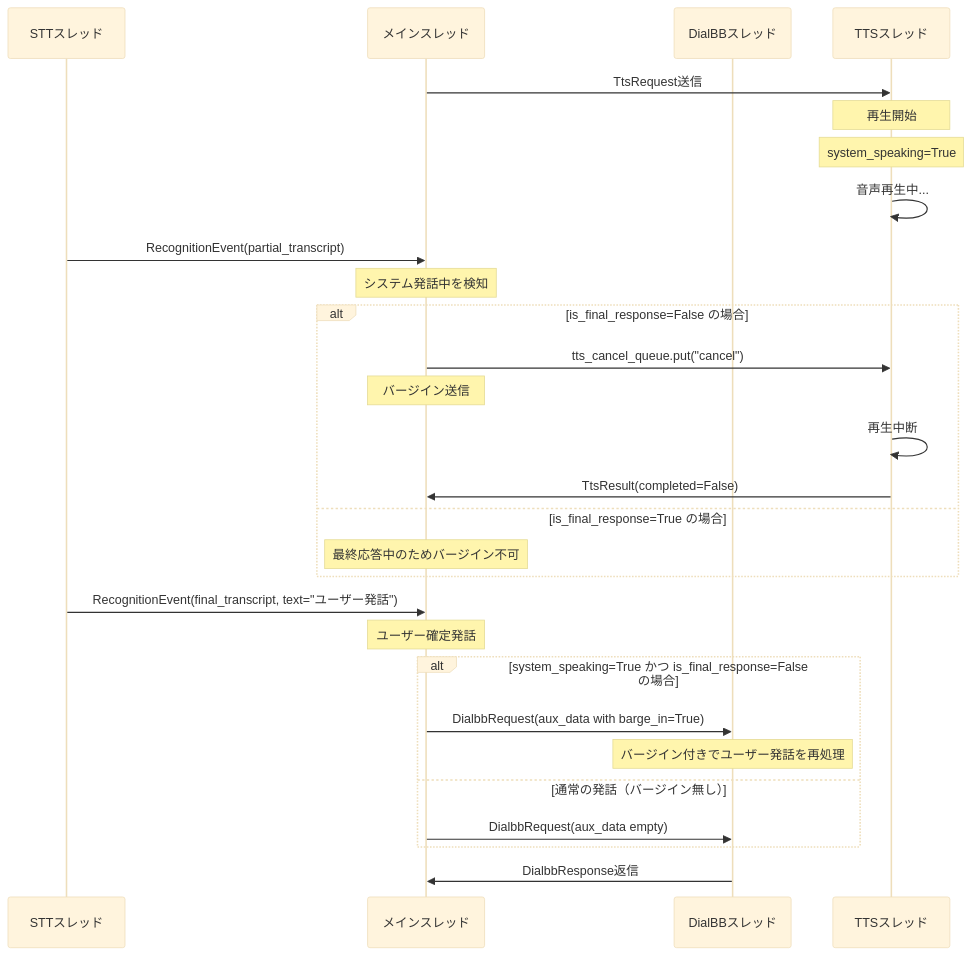
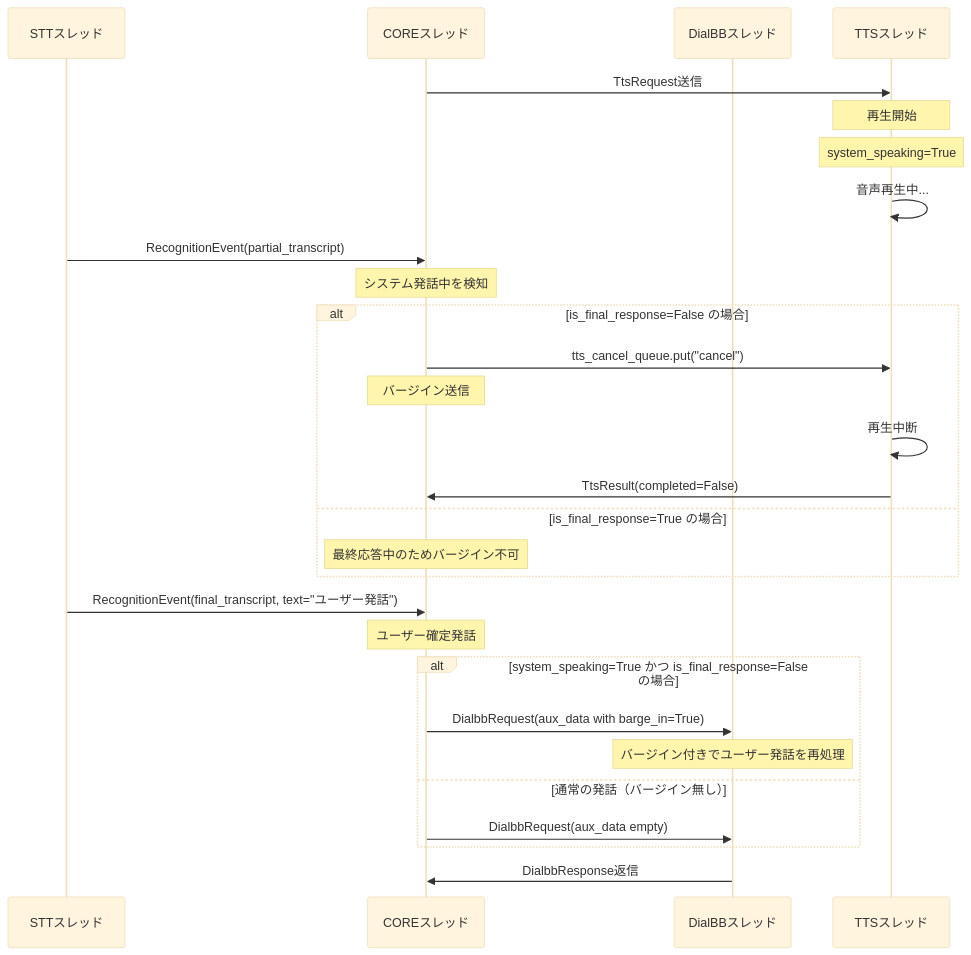
Before and after one commit to c4a-ri/dialbb: the third of 3 diagrams in dialbb/multimodal/docs/message_spec.md, drawn with Mermaid (base theme). The commit also changed other lines of this file and 7 other files, not shown here.

````diff
--- a/dialbb/multimodal/docs/message_spec.md
+++ b/dialbb/multimodal/docs/message_spec.md
@@ -207,36 +220,36 @@
 ```mermaid
 sequenceDiagram
   participant STT as STTスレッド
-  participant MAIN as メインスレッド
+  participant CORE as COREスレッド
   participant D as DialBBスレッド
   participant TTS as TTSスレッド
 
-  MAIN->>TTS: TtsRequest送信
+  CORE->>TTS: TtsRequest送信
   note over TTS: 再生開始
   note over TTS: system_speaking=True
   TTS->>TTS: 音声再生中...
 
-  STT->>MAIN: RecognitionEvent(partial_transcript)
-  note over MAIN: システム発話中を検知
+  STT->>CORE: RecognitionEvent(partial_transcript)
+  note over CORE: システム発話中を検知
 
   alt is_final_response=False の場合
-    MAIN->>TTS: tts_cancel_queue.put("cancel")
-    note over MAIN: バージイン送信
+    CORE->>TTS: tts_cancel_queue.put("cancel")
+    note over CORE: バージイン送信
     TTS->>TTS: 再生中断
-    TTS->>MAIN: TtsResult(completed=False)
+    TTS->>CORE: TtsResult(completed=False)
   else is_final_response=True の場合
-    note over MAIN: 最終応答中のためバージイン不可
+    note over CORE: 最終応答中のためバージイン不可
   end
 
-  STT->>MAIN: RecognitionEvent(final_transcript, text="ユーザー発話")
-  note over MAIN: ユーザー確定発話
+  STT->>CORE: RecognitionEvent(final_transcript, text="ユーザー発話")
+  note over CORE: ユーザー確定発話
 
   alt system_speaking=True かつ is_final_response=False の場合
-    MAIN->>D: DialbbRequest(aux_data with barge_in=True)
+    CORE->>D: DialbbRequest(aux_data with barge_in=True)
     note over D: バージイン付きでユーザー発話を再処理
   else 通常の発話（バージイン無し）
-    MAIN->>D: DialbbRequest(aux_data empty)
+    CORE->>D: DialbbRequest(aux_data empty)
   end
 
-  D->>MAIN: DialbbResponse返信
+  D->>CORE: DialbbResponse返信
 ```
````
